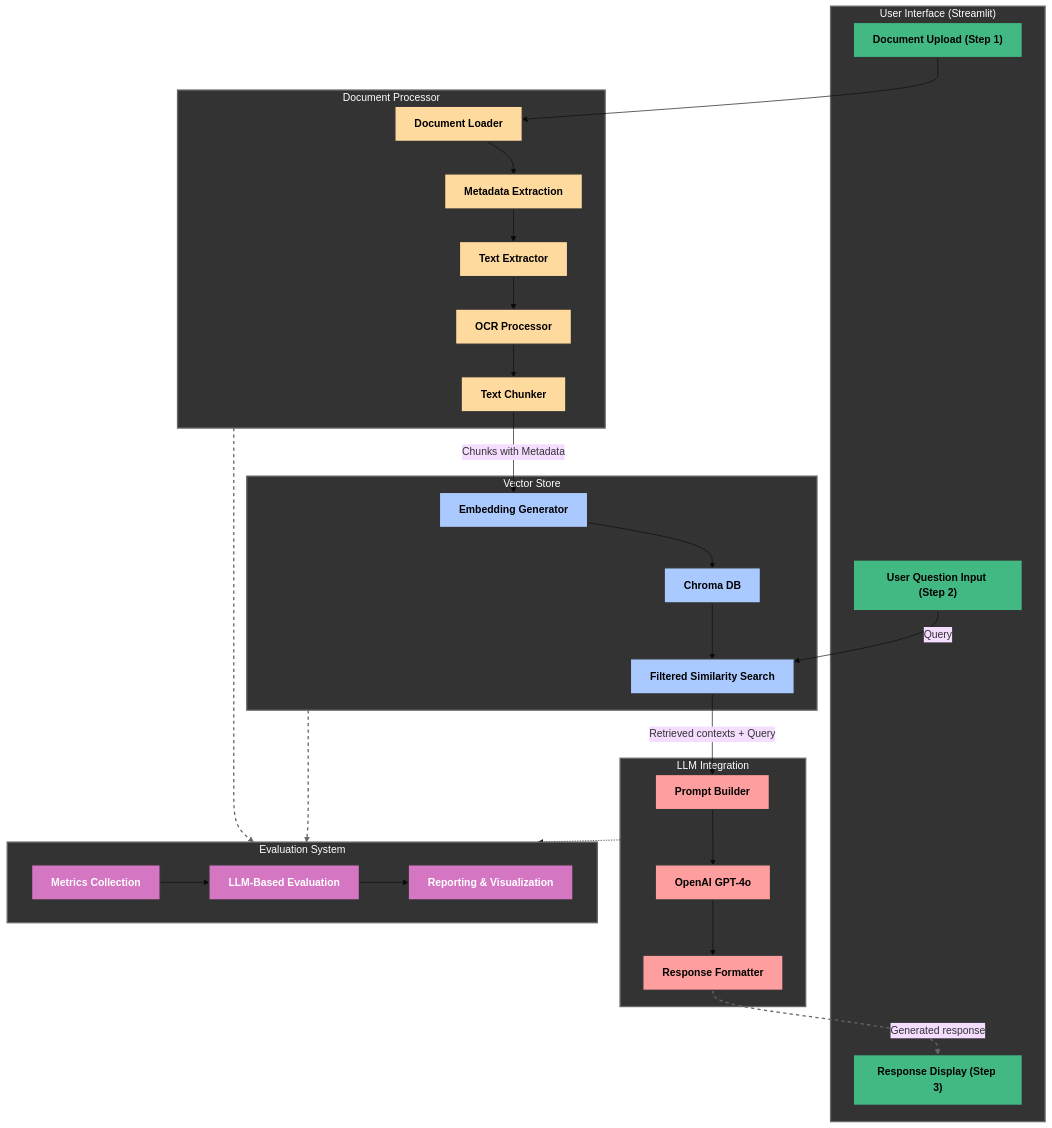
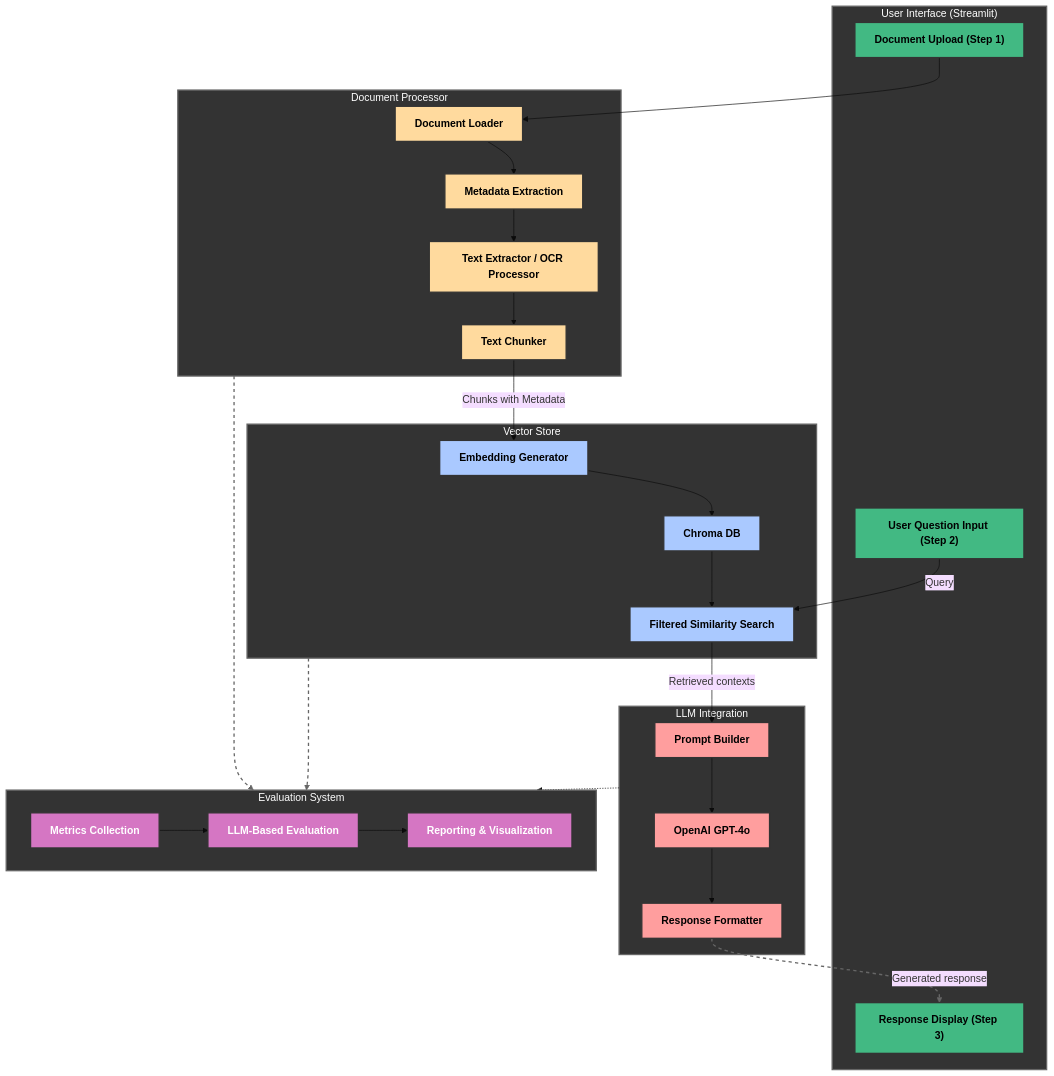
The diagram in README.md (mdwaquarahmad/fortune500-rag), drawn with Mermaid (base theme) before and after one commit.

Commit message:
Documentation

````diff
--- a/README.md
+++ b/README.md
@@ -48,8 +48,7 @@
         style DP fill:#333333,stroke:#666666,stroke-width:2px,color:white
         B1["Document Loader"]
         B5["Metadata Extraction"]
-        B2["Text Extractor"]
-        B3["OCR Processor"]
+        B2["Text Extractor / OCR Processor"]
         B4["Text Chunker"]
     end
     
@@ -81,8 +80,7 @@
     A1 --> B1
     B1 --> B5
     B5 --> B2
-    B2 --> B3
-    B3 --> B4
+    B2 --> B4
     
     %% Vector Store connections
     B4 --> |"Chunks with Metadata"| C1
@@ -93,7 +91,7 @@
     A2 --> |"Query"| C3
     
     %% Search to LLM
-    C3 --> |"Retrieved contexts + Query"| D1
+    C3 --> |"Retrieved contexts"| D1
     
     %% LLM connections
     D1 --> D2
@@ -120,11 +118,11 @@
     
     %% Apply styles
     class A1,A2,A3 uiComponents
-    class B1,B2,B3,B4,B5 dpComponents
+    class B1,B2,B4,B5 dpComponents
     class C1,C2,C3 vsComponents
     class D1,D2,D3 llmComponents
     class E1,E2,E3 evalComponents
     
     %% Specify dashed lines for evaluation connections only
-    linkStyle 12,13,14 stroke:#666,stroke-width:2px,stroke-dasharray:5 5
+    linkStyle 11,12,13 stroke:#666,stroke-width:2px,stroke-dasharray:5 5
 ```
````
